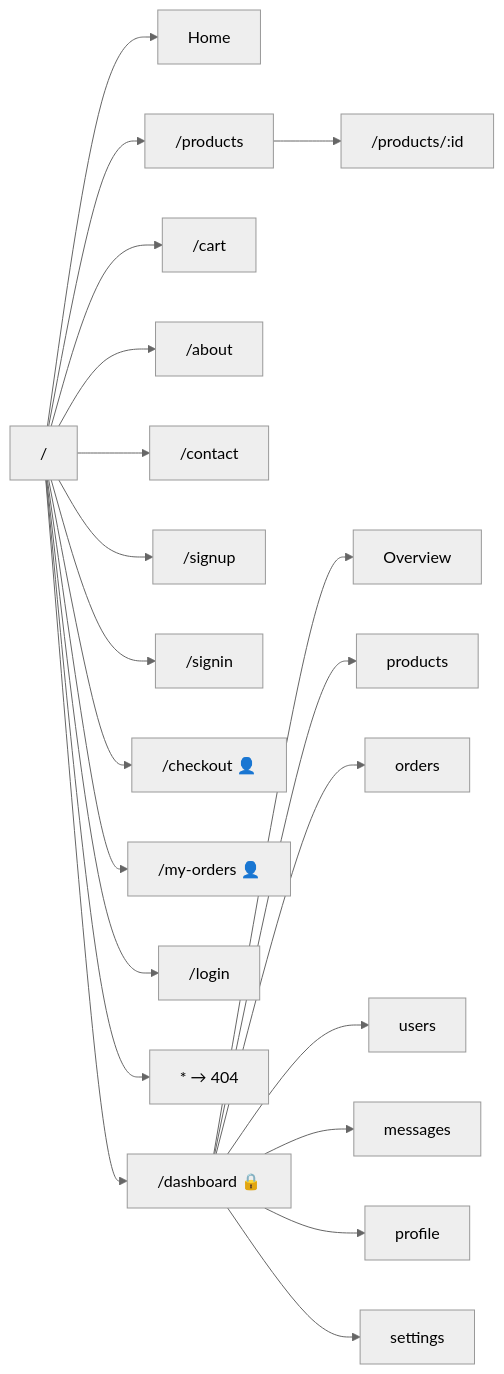
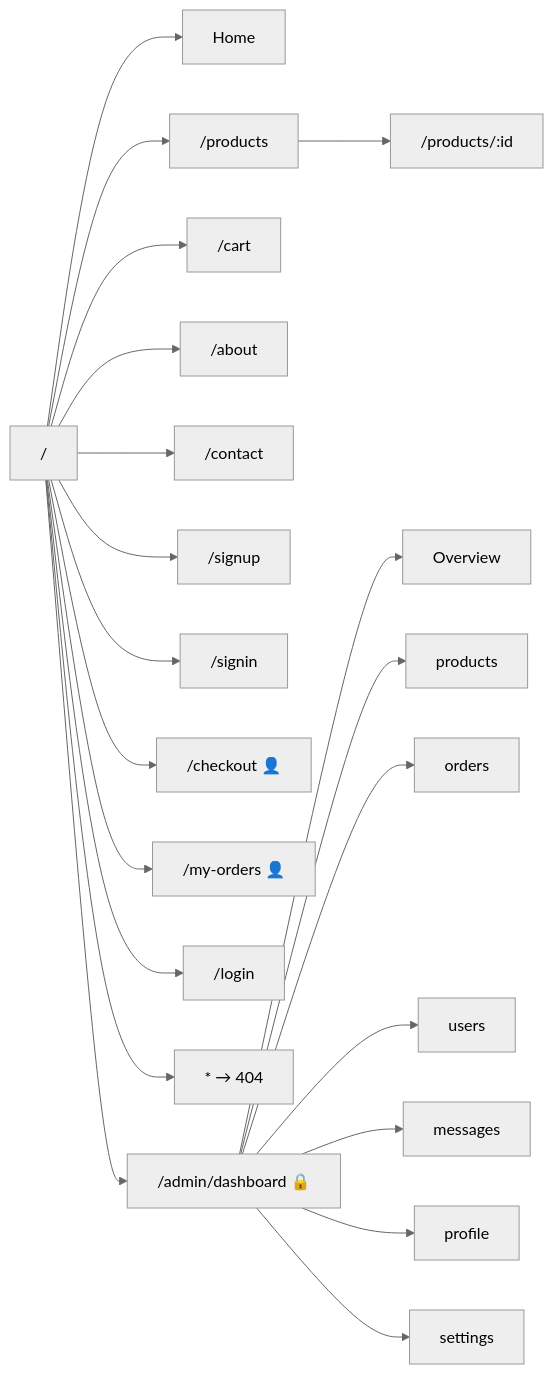
One commit to HassamKhan0826/React-E-Commerce-Admin-Management-System changed the second of 6 diagrams in README.md. Above: the diagram before and after it, drawn with Mermaid (neutral theme). The commit also changed other lines of this file, not shown here.

Commit message:
docs: update README for admin routes, product images and cart counter

````diff
--- a/README.md
+++ b/README.md
@@ -286,23 +288,23 @@
 ```mermaid
 flowchart LR
   R["/"] --> H["Home"]
   R --> P["/products"]
   P --> PD["/products/:id"]
   R --> C["/cart"]
   R --> A["/about"]
   R --> CO["/contact"]
   R --> SU["/signup"]
   R --> SI["/signin"]
   R --> CH["/checkout 👤"]
   R --> MO["/my-orders 👤"]
   R --> L["/login"]
   R --> NF["* → 404"]
-  R --> D["/dashboard 🔒"]
+  R --> D["/admin/dashboard 🔒"]
   D --> D1["Overview"]
   D --> D2["products"]
   D --> D3["orders"]
   D --> D4["users"]
   D --> D5["messages"]
   D --> D6["profile"]
   D --> D7["settings"]
 ```
````
